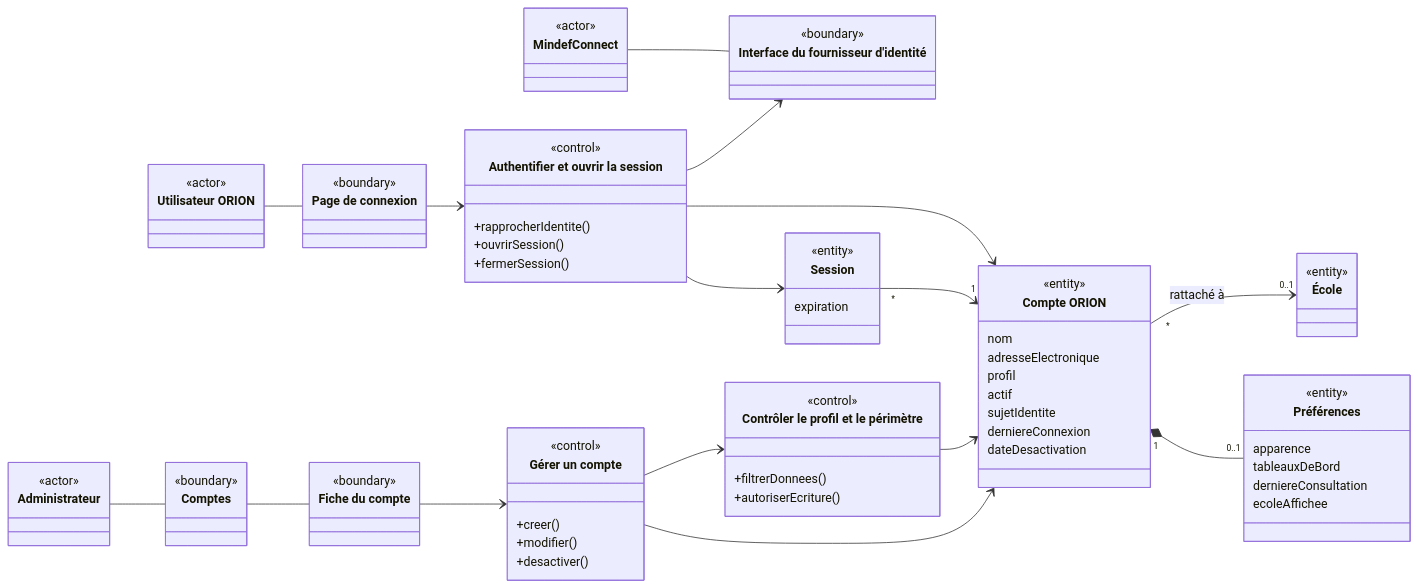
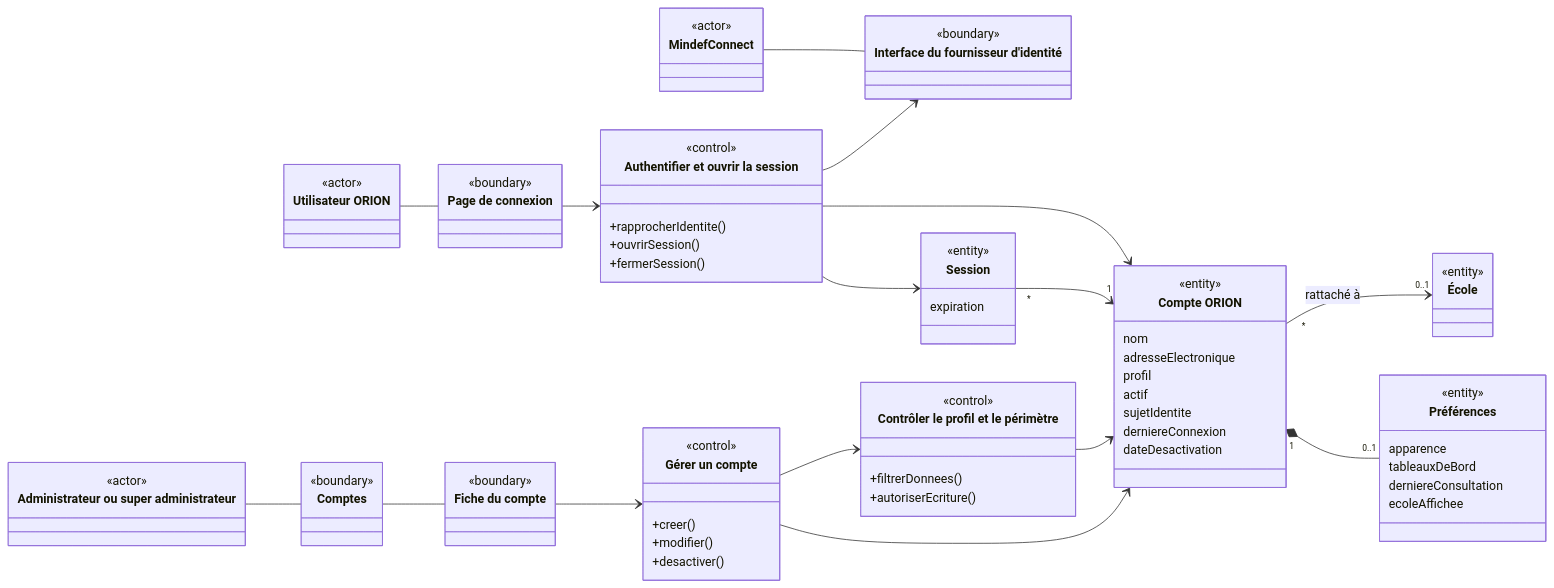
The fourth of 5 diagrams in docs/02-ANALYSE/03-ANALYSE/02-DIAGRAMME-CLASSES-ANALYSE.md (bpierrelouis/aster), drawn with Mermaid before and after one commit. The commit also changed other lines of this file and 34 other files, not shown here.

First line of the commit message:
docs(diagrammes): aligner les diagrammes UML sur le code et les remettre en page

````diff
--- a/docs/02-ANALYSE/03-ANALYSE/02-DIAGRAMME-CLASSES-ANALYSE.md
+++ b/docs/02-ANALYSE/03-ANALYSE/02-DIAGRAMME-CLASSES-ANALYSE.md
@@ -367,82 +385,82 @@
 ```mermaid
 classDiagram
     direction LR
     class UtilisateurOrion["Utilisateur ORION"] {
         <<actor>>
     }
-    class Administrateur {
+    class Administrateur["Administrateur ou super administrateur"] {
         <<actor>>
     }
     class MindefConnect {
         <<actor>>
     }
     class PageConnexion["Page de connexion"] {
         <<boundary>>
     }
     class InterfaceIdentite["Interface du fournisseur d'identité"] {
         <<boundary>>
     }
     class EcranComptes["Comptes"] {
         <<boundary>>
     }
     class FormulaireCompte["Fiche du compte"] {
         <<boundary>>
     }
     class Authentifier["Authentifier et ouvrir la session"] {
         <<control>>
         +rapprocherIdentite()
         +ouvrirSession()
         +fermerSession()
     }
     class ControlerPerimetre["Contrôler le profil et le périmètre"] {
         <<control>>
         +filtrerDonnees()
         +autoriserEcriture()
     }
     class GererCompte["Gérer un compte"] {
         <<control>>
         +creer()
         +modifier()
         +desactiver()
     }
     class CompteOrion["Compte ORION"] {
         <<entity>>
         nom
         adresseElectronique
         profil
         actif
         sujetIdentite
         derniereConnexion
         dateDesactivation
     }
     class Ecole["École"] {
         <<entity>>
     }
     class Session {
         <<entity>>
         expiration
     }
     class Preferences["Préférences"] {
         <<entity>>
         apparence
         tableauxDeBord
         derniereConsultation
         ecoleAffichee
     }
 
     UtilisateurOrion -- PageConnexion
     MindefConnect -- InterfaceIdentite
     Administrateur -- EcranComptes
     EcranComptes -- FormulaireCompte
     PageConnexion --> Authentifier
     Authentifier --> InterfaceIdentite
     FormulaireCompte --> GererCompte
     GererCompte --> ControlerPerimetre
     Authentifier --> CompteOrion
     Authentifier --> Session
     ControlerPerimetre --> CompteOrion
     GererCompte --> CompteOrion
     CompteOrion "*" --> "0..1" Ecole : rattaché à
     Session "*" --> "1" CompteOrion
     CompteOrion "1" *-- "0..1" Preferences
 ```
````
